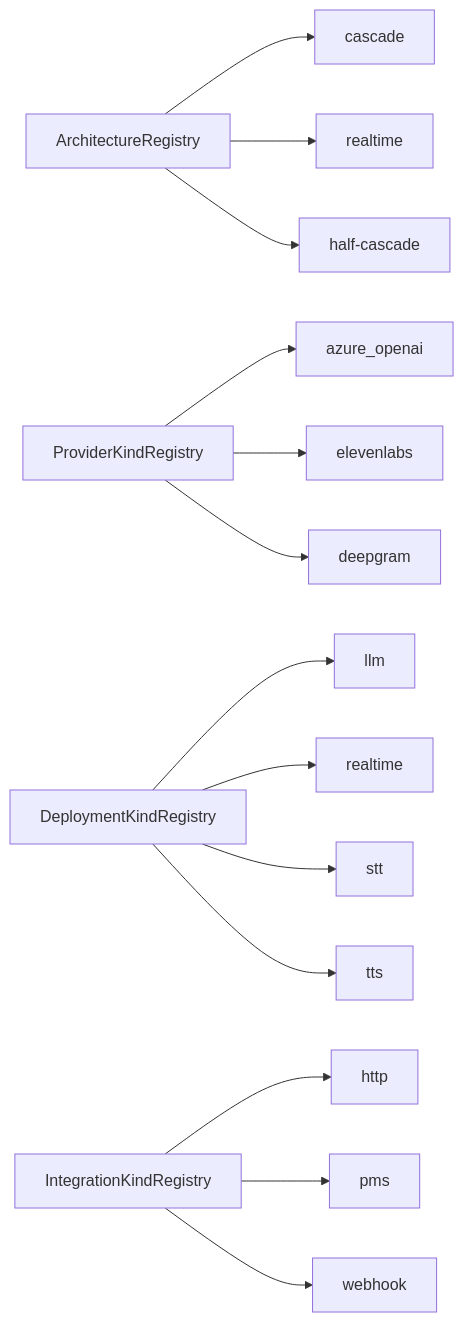
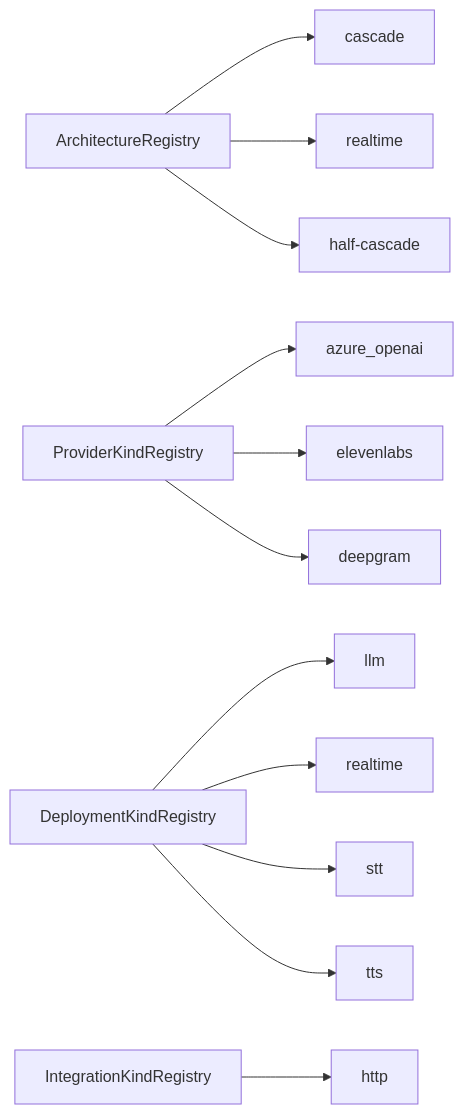
One commit to kitnew/agentic-backend changed the seventh of 12 diagrams in docs/control-plane/ARCHITECTURE.md. Above: the diagram before and after it, drawn with Mermaid. The commit also changed other lines of this file and 5 other files, not shown here.

````diff
--- a/docs/control-plane/ARCHITECTURE.md
+++ b/docs/control-plane/ARCHITECTURE.md
@@ -660,23 +660,21 @@
 ```mermaid
 flowchart LR
     AR[ArchitectureRegistry]
     AR --> A1[cascade]
     AR --> A2[realtime]
     AR --> A3[half-cascade]
 
     PKR[ProviderKindRegistry]
     PKR --> PK1[azure_openai]
     PKR --> PK2[elevenlabs]
     PKR --> PK3[deepgram]
 
     DKR[DeploymentKindRegistry]
     DKR --> DK1[llm]
     DKR --> DK2[realtime]
     DKR --> DK3[stt]
     DKR --> DK4[tts]
 
     IKR[IntegrationKindRegistry]
     IKR --> IK1[http]
-    IKR --> IK2[pms]
-    IKR --> IK3[webhook]
 ```
````
